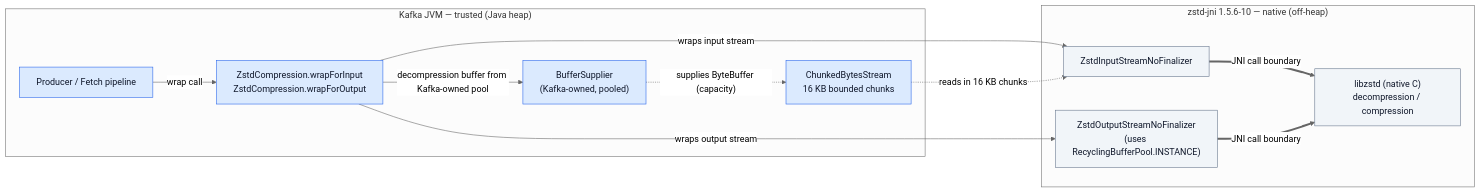
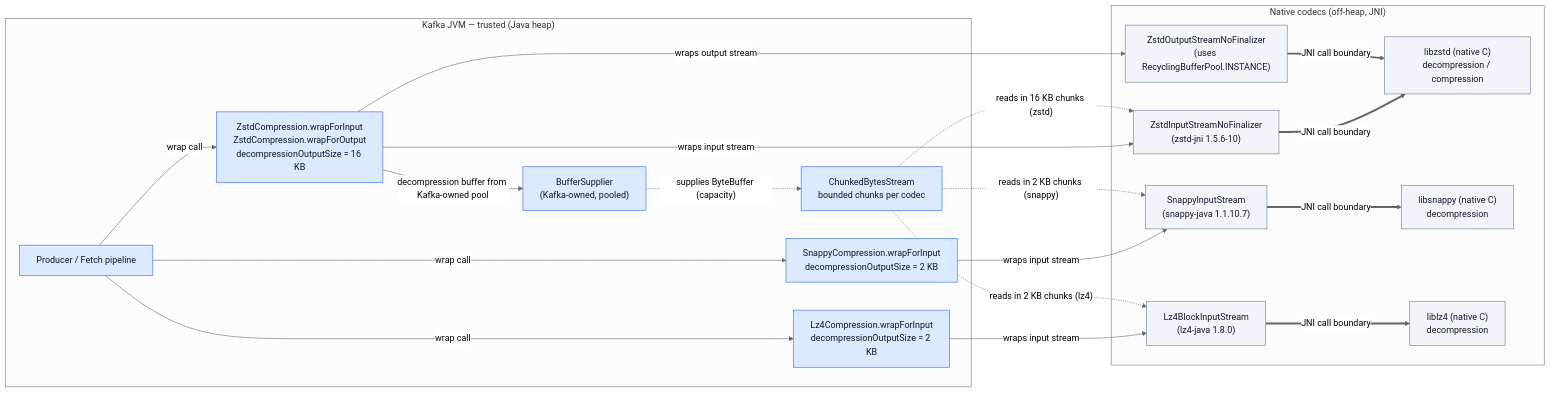
Before and after one commit to blitzy-public-samples/blitzy-kafka: the first of 2 diagrams in docs/security-audit/diagrams/native-compression-boundary.md, drawn with Mermaid. The commit also changed other lines of this file and 1 other file, not shown here.

First line of the commit message:
Resolve 3 MINOR QA findings: native-compression chunk ceilings + slide 6 matrix completeness + slide 8 layout

````diff
--- a/docs/security-audit/diagrams/native-compression-boundary.md
+++ b/docs/security-audit/diagrams/native-compression-boundary.md
@@ -26,32 +26,46 @@
 ```mermaid
 %%{init: {'theme':'neutral'}}%%
 %% Title: Native Compression Boundary — JVM ↔ JNI Trust Surface
 flowchart LR
     subgraph JVM["Kafka JVM — trusted (Java heap)"]
         Producer[Producer / Fetch pipeline]
         BufferSupplier["BufferSupplier<br/>(Kafka-owned, pooled)"]
-        ChunkedBytesStream["ChunkedBytesStream<br/>16 KB bounded chunks"]
-        ZstdCompression["ZstdCompression.wrapForInput<br/>ZstdCompression.wrapForOutput"]
+        ChunkedBytesStream["ChunkedBytesStream<br/>bounded chunks per codec"]
+        ZstdCompression["ZstdCompression.wrapForInput<br/>ZstdCompression.wrapForOutput<br/>decompressionOutputSize = 16 KB"]
+        SnappyCompression["SnappyCompression.wrapForInput<br/>decompressionOutputSize = 2 KB"]
+        Lz4Compression["Lz4Compression.wrapForInput<br/>decompressionOutputSize = 2 KB"]
     end
 
-    subgraph JNI["zstd-jni 1.5.6-10 — native (off-heap)"]
-        ZstdInput["ZstdInputStreamNoFinalizer"]
+    subgraph JNI["Native codecs (off-heap, JNI)"]
+        ZstdInput["ZstdInputStreamNoFinalizer<br/>(zstd-jni 1.5.6-10)"]
         ZstdOutput["ZstdOutputStreamNoFinalizer<br/>(uses RecyclingBufferPool.INSTANCE)"]
         NativeZstd["libzstd (native C)<br/>decompression / compression"]
+        SnappyInput["SnappyInputStream<br/>(snappy-java 1.1.10.7)"]
+        NativeSnappy["libsnappy (native C)<br/>decompression"]
+        Lz4Input["Lz4BlockInputStream<br/>(lz4-java 1.8.0)"]
+        NativeLz4["liblz4 (native C)<br/>decompression"]
     end
 
     Producer -->|"wrap call"| ZstdCompression
+    Producer -->|"wrap call"| SnappyCompression
+    Producer -->|"wrap call"| Lz4Compression
     ZstdCompression -->|"decompression buffer from Kafka-owned pool"| BufferSupplier
     BufferSupplier -.->|"supplies ByteBuffer (capacity)"| ChunkedBytesStream
     ZstdCompression -->|"wraps input stream"| ZstdInput
     ZstdCompression -->|"wraps output stream"| ZstdOutput
+    SnappyCompression -->|"wraps input stream"| SnappyInput
+    Lz4Compression -->|"wraps input stream"| Lz4Input
     ZstdInput ==>|"JNI call boundary"| NativeZstd
     ZstdOutput ==>|"JNI call boundary"| NativeZstd
-    ChunkedBytesStream -.->|"reads in 16 KB chunks"| ZstdInput
+    SnappyInput ==>|"JNI call boundary"| NativeSnappy
+    Lz4Input ==>|"JNI call boundary"| NativeLz4
+    ChunkedBytesStream -.->|"reads in 16 KB chunks (zstd)"| ZstdInput
+    ChunkedBytesStream -.->|"reads in 2 KB chunks (snappy)"| SnappyInput
+    ChunkedBytesStream -.->|"reads in 2 KB chunks (lz4)"| Lz4Input
 
     classDef jvm fill:#DBEAFE,stroke:#2563EB,color:#0F172A
     classDef jni fill:#F1F5F9,stroke:#64748B,color:#0F172A
     classDef boundary stroke-dasharray:5 5
-    class Producer,BufferSupplier,ChunkedBytesStream,ZstdCompression jvm
-    class ZstdInput,ZstdOutput,NativeZstd jni
+    class Producer,BufferSupplier,ChunkedBytesStream,ZstdCompression,SnappyCompression,Lz4Compression jvm
+    class ZstdInput,ZstdOutput,NativeZstd,SnappyInput,NativeSnappy,Lz4Input,NativeLz4 jni
 ```
````
